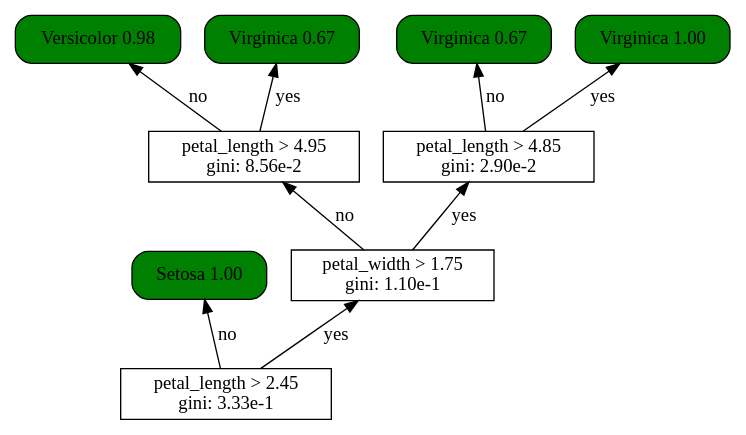
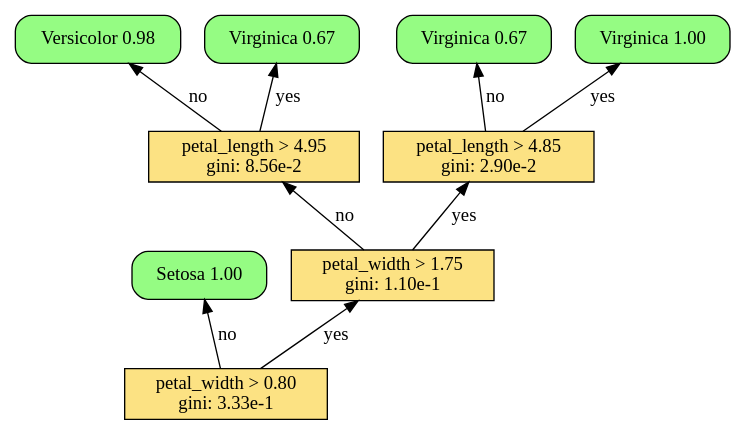
Before and after one commit to noiseOnTheNet/post017_binary_decision_tree: the diagram in src/iris3.dot, drawn with Graphviz. The commit also changed 6 other files, not shown here.

Commit message:
adding color to charts

```diff
--- a/src/iris3.dot
+++ b/src/iris3.dot
@@ -1,26 +1,26 @@
 digraph {
 rankdir = BT;
 subgraph{
-node1 [label="petal_length > 2.45\ngini: 3.33e-1", shape="box"];
-node3 [label="Setosa 1.00", shape="box", style="rounded,filled", fillcolor="green"];
-node2 [label="petal_width > 1.75\ngini: 1.10e-1", shape="box"];
-node5 [label="petal_length > 4.95\ngini: 8.56e-2", shape="box"];
-node11 [label="Versicolor 0.98", shape="box", style="rounded,filled", fillcolor="green"];
-node10 [label="Virginica 0.67", shape="box", style="rounded,filled", fillcolor="green"];
-node4 [label="petal_length > 4.85\ngini: 2.90e-2", shape="box"];
-node9 [label="Virginica 0.67", shape="box", style="rounded,filled", fillcolor="green"];
-node8 [label="Virginica 1.00", shape="box", style="rounded,filled", fillcolor="green"];
+node1 [label="petal_width > 0.80\ngini: 3.33e-1", shape="box", style="filled", fillcolor="#fce283"];
+node3 [label="Setosa 1.00", shape="box", style="rounded,filled", fillcolor="#95fc83"];
+node2 [label="petal_width > 1.75\ngini: 1.10e-1", shape="box", style="filled", fillcolor="#fce283"];
+node5 [label="petal_length > 4.95\ngini: 8.56e-2", shape="box", style="filled", fillcolor="#fce283"];
+node11 [label="Versicolor 0.98", shape="box", style="rounded,filled", fillcolor="#95fc83"];
+node10 [label="Virginica 0.67", shape="box", style="rounded,filled", fillcolor="#95fc83"];
+node4 [label="petal_length > 4.85\ngini: 2.90e-2", shape="box", style="filled", fillcolor="#fce283"];
+node9 [label="Virginica 0.67", shape="box", style="rounded,filled", fillcolor="#95fc83"];
+node8 [label="Virginica 1.00", shape="box", style="rounded,filled", fillcolor="#95fc83"];
 node1 -> node3 [label="no"]
 node1 -> node2 [label="yes"]
 node2 -> node5 [label="no"]
 node5 -> node11 [label="no"]
 node5 -> node10 [label="yes"]
 node2 -> node4 [label="yes"]
 node4 -> node9 [label="no"]
 node4 -> node8 [label="yes"]
 {rank = same; node1;}
 {rank = same; node3; node2;}
 {rank = same; node5; node4;}
 {rank = same; node11; node10; node9; node8;}
 }
 }
```
